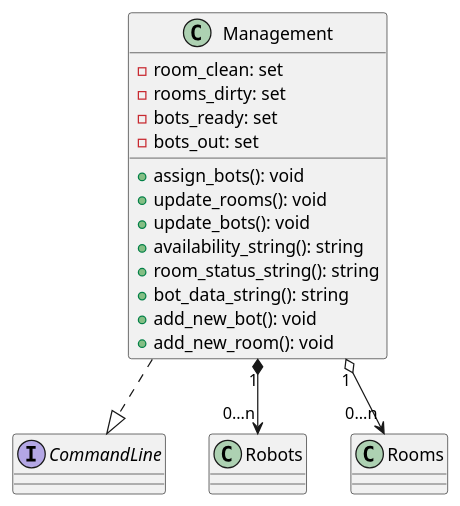
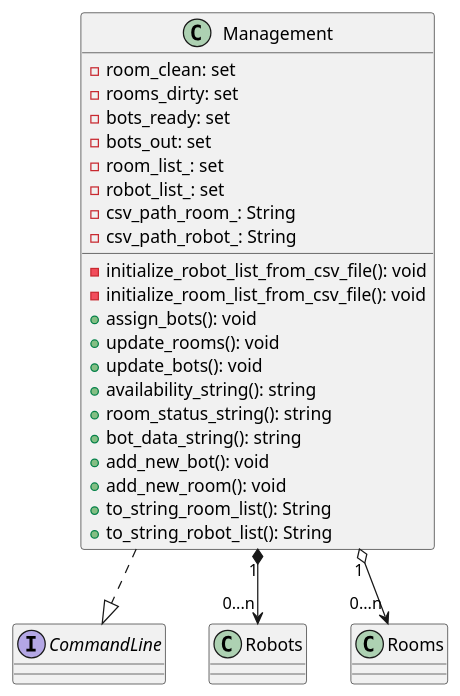
The diagram in docs/design/class_diagrams/management_class_diagram.puml (ur-cs-courses/course-project-krykna), drawn with PlantUML before and after one commit. The commit also changed 6 other files, not shown here.

```diff
--- a/docs/design/class_diagrams/management_class_diagram.puml
+++ b/docs/design/class_diagrams/management_class_diagram.puml
@@ -1,27 +1,34 @@
 @startuml
 class Management {
   - room_clean: set
   - rooms_dirty: set
   - bots_ready: set
   - bots_out: set
-  
+  - room_list_: set
+  - robot_list_: set
+  - csv_path_room_: String
+  - csv_path_robot_: String
+  - initialize_robot_list_from_csv_file(): void
+  - initialize_room_list_from_csv_file(): void
   + assign_bots(): void
   + update_rooms(): void
   + update_bots(): void
   + availability_string(): string
   + room_status_string(): string
   + bot_data_string(): string
   + add_new_bot(): void
   + add_new_room(): void
+  + to_string_room_list(): String
+  + to_string_robot_list(): String
 }
 
 interface CommandLine {}
 
 class Robots{}
 
 class Rooms{}
 
 Management "1" o--> "0...n" Rooms
 Management "1" *--> "0...n" Robots
 Management ..|> CommandLine
 @enduml
```
